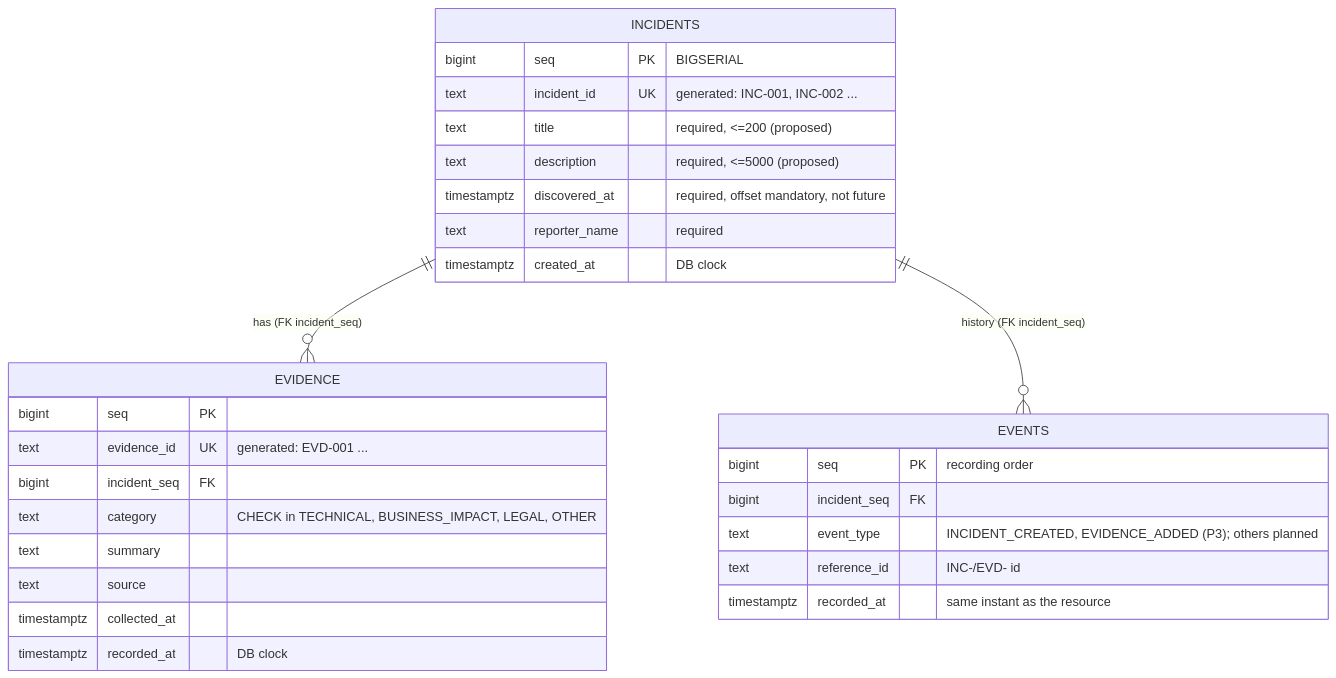
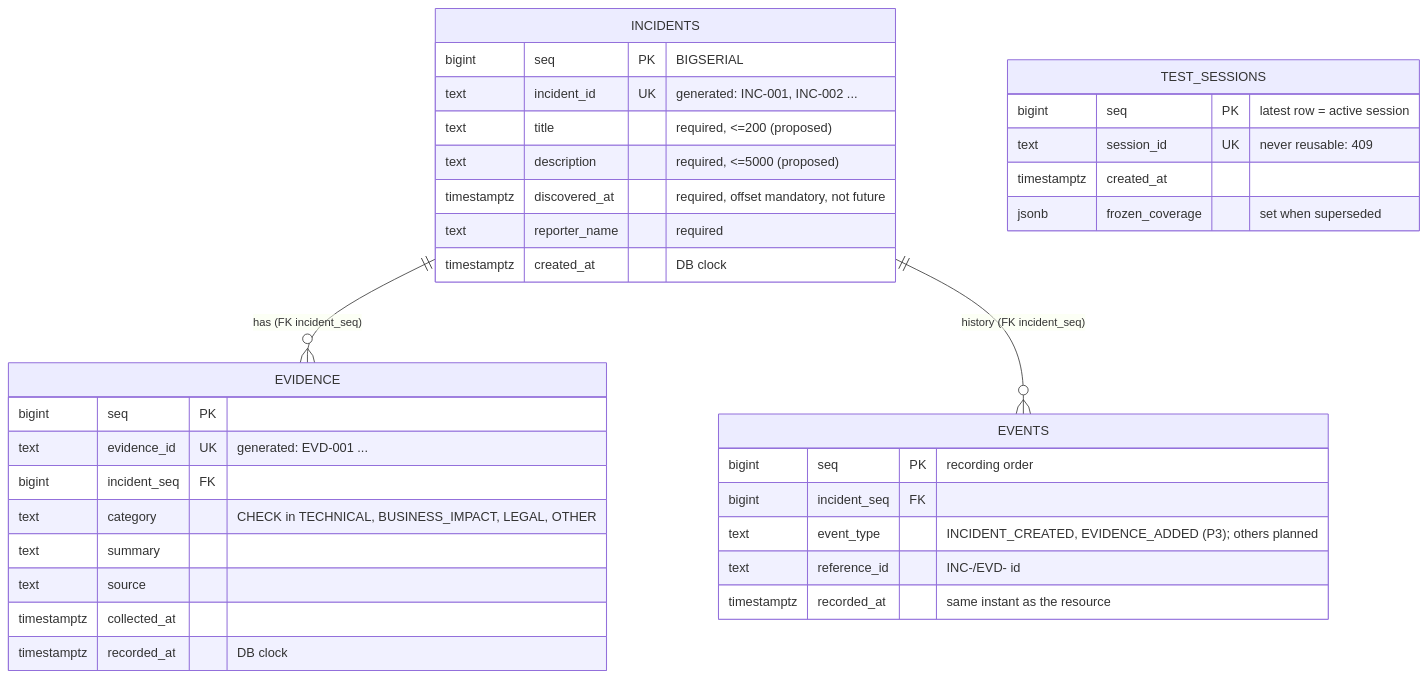
One commit to saachikayadav/incident-clock changed the fourth of 5 diagrams in docs/models.md. Above: the diagram before and after it, drawn with Mermaid. The commit also changed other lines of this file and 33 other files, not shown here.

````diff
--- a/docs/models.md
+++ b/docs/models.md
@@ -85,32 +138,38 @@
 ```mermaid
 erDiagram
   INCIDENTS ||--o{ EVIDENCE : "has (FK incident_seq)"
+  TEST_SESSIONS {
+    bigint seq PK "latest row = active session"
+    text session_id UK "never reusable: 409"
+    timestamptz created_at
+    jsonb frozen_coverage "set when superseded"
+  }
   INCIDENTS ||--o{ EVENTS : "history (FK incident_seq)"
 
   INCIDENTS {
     bigint seq PK "BIGSERIAL"
     text incident_id UK "generated: INC-001, INC-002 ..."
     text title "required, <=200 (proposed)"
     text description "required, <=5000 (proposed)"
     timestamptz discovered_at "required, offset mandatory, not future"
     text reporter_name "required"
     timestamptz created_at "DB clock"
   }
   EVIDENCE {
     bigint seq PK
     text evidence_id UK "generated: EVD-001 ..."
     bigint incident_seq FK
     text category "CHECK in TECHNICAL, BUSINESS_IMPACT, LEGAL, OTHER"
     text summary
     text source
     timestamptz collected_at
     timestamptz recorded_at "DB clock"
   }
   EVENTS {
     bigint seq PK "recording order"
     bigint incident_seq FK
     text event_type "INCIDENT_CREATED, EVIDENCE_ADDED (P3); others planned"
     text reference_id "INC-/EVD- id"
     timestamptz recorded_at "same instant as the resource"
   }
 ```
````
